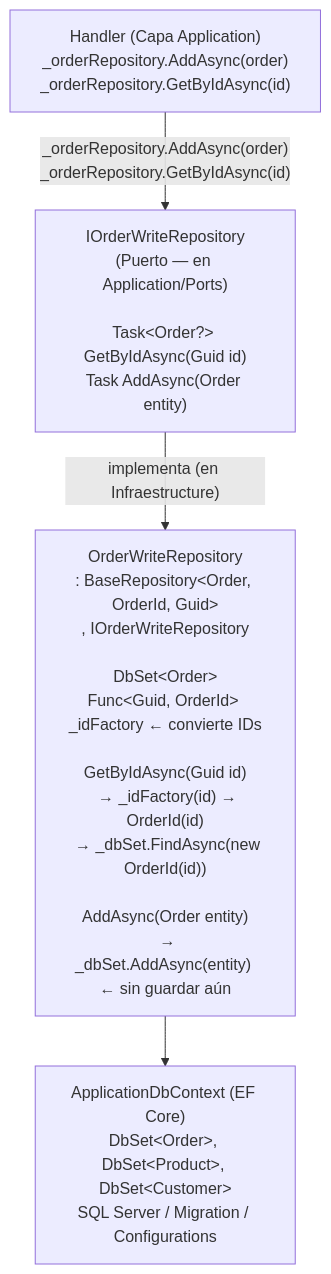
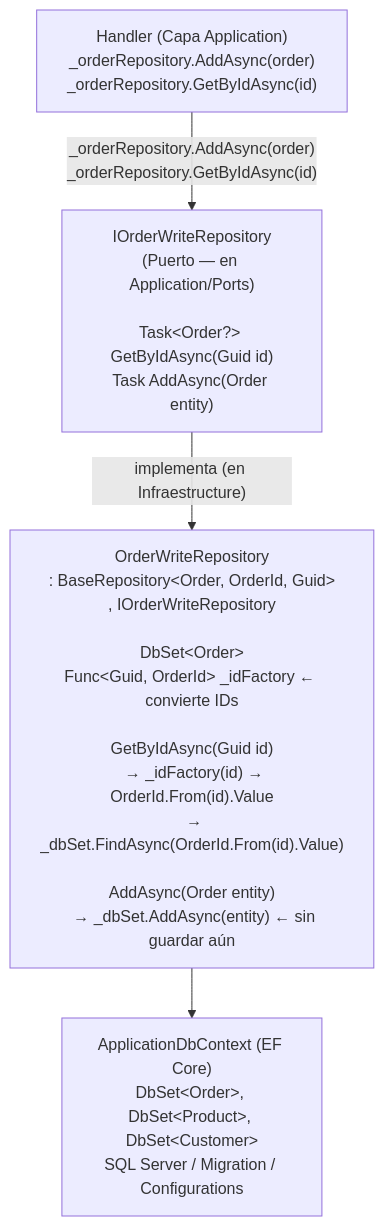
One commit to AcoranGonzalezMoray/SoftwareLearningGuide changed the second of 2 diagrams in docs/SoftwareLearningGuide.Application/README.Pattern.Repository.md. Above: the diagram before and after it, drawn with Mermaid. The commit also changed other lines of this file and 22 other files, not shown here.

````diff
--- a/docs/SoftwareLearningGuide.Application/README.Pattern.Repository.md
+++ b/docs/SoftwareLearningGuide.Application/README.Pattern.Repository.md
@@ -251,11 +251,11 @@
 ```mermaid
 graph TD
     Handler["Handler (Capa Application)<br/>_orderRepository.AddAsync(order)<br/>_orderRepository.GetByIdAsync(id)"]
     Port["IOrderWriteRepository<br/>(Puerto — en Application/Ports)<br/><br/>Task&lt;Order?&gt; GetByIdAsync(Guid id)<br/>Task AddAsync(Order entity)"]
-    Impl["OrderWriteRepository<br/>: BaseRepository&lt;Order, OrderId, Guid&gt;<br/>, IOrderWriteRepository<br/><br/>DbSet&lt;Order&gt;<br/>Func&lt;Guid, OrderId&gt; _idFactory ← convierte IDs<br/><br/>GetByIdAsync(Guid id)<br/>  → _idFactory(id) → OrderId(id)<br/>  → _dbSet.FindAsync(new OrderId(id))<br/><br/>AddAsync(Order entity)<br/>  → _dbSet.AddAsync(entity) ← sin guardar aún"]
+    Impl["OrderWriteRepository<br/>: BaseRepository&lt;Order, OrderId, Guid&gt;<br/>, IOrderWriteRepository<br/><br/>DbSet&lt;Order&gt;<br/>Func&lt;Guid, OrderId&gt; _idFactory ← convierte IDs<br/><br/>GetByIdAsync(Guid id)<br/>  → _idFactory(id) → OrderId.From(id).Value<br/>  → _dbSet.FindAsync(OrderId.From(id).Value)<br/><br/>AddAsync(Order entity)<br/>  → _dbSet.AddAsync(entity) ← sin guardar aún"]
     DbContext["ApplicationDbContext (EF Core)<br/>DbSet&lt;Order&gt;, DbSet&lt;Product&gt;, DbSet&lt;Customer&gt;<br/>SQL Server / Migration / Configurations"]
 
     Handler -->|"_orderRepository.AddAsync(order)<br/>_orderRepository.GetByIdAsync(id)"| Port
     Port -->|"implementa (en Infraestructure)"| Impl
     Impl --> DbContext
 ```
````
